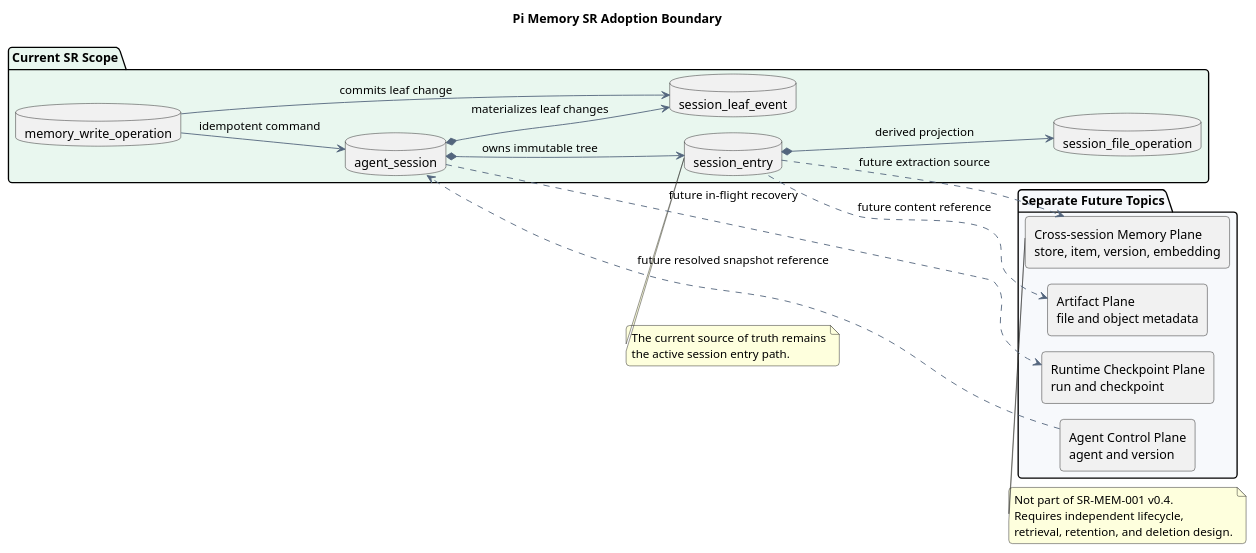
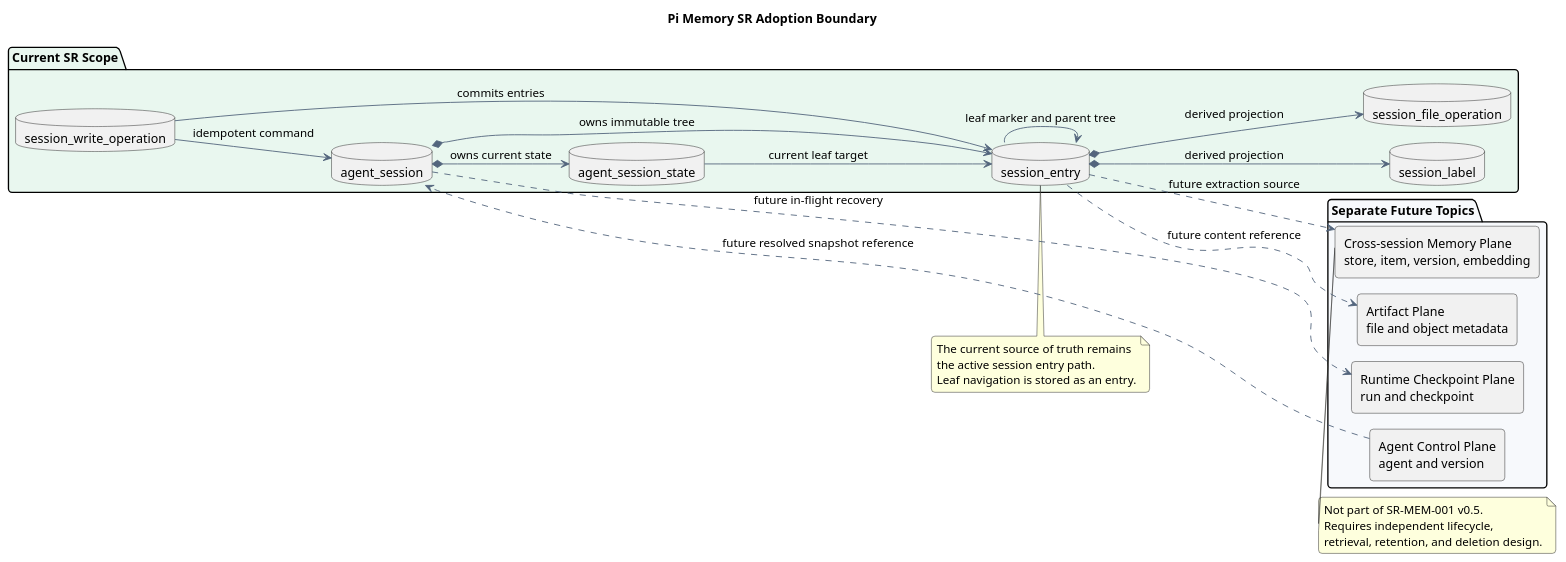
The second of 2 diagrams in agent-database-patterns/diagram.puml (superheromeZzh/pi-mono-java-design), drawn with PlantUML before and after one commit. The commit also changed other lines of this file and 9 other files, not shown here.

Commit message:
docs(memory): redesign centralized GaussDB session memory

```diff
--- a/agent-database-patterns/diagram.puml
+++ b/agent-database-patterns/diagram.puml
@@ -75,60 +75,66 @@
 @startuml pi-memory-adoption-boundary
 !pragma layout smetana
 title Pi Memory SR Adoption Boundary
 left to right direction
 
 skinparam backgroundColor #FFFFFF
 skinparam shadowing false
 skinparam roundcorner 8
 skinparam componentStyle rectangle
 skinparam ArrowColor #53657D
 
-' Source evidence: badlogic/pi-mono@216e672e7c9fc65682553394b74e483c0c9e47f7,
-' packages/coding-agent/src/core/session-manager.ts: SessionEntry, _appendEntry,
-' buildContextEntries, branch, resetLeaf, and branchWithSummary.
-' Observed behavior: pi persists a tree of session entries and rebuilds model context
-' from the current leaf path; it does not expose a separate workflow checkpoint store
-' or cross-session memory database in this baseline.
+' Source evidence: badlogic/pi-mono@fc85bdd88be93b1e9a6b6bcfa41c684282ec79cc,
+' packages/agent/src/harness/types.ts: SessionTreeEntry and SessionStorage;
+' packages/agent/src/harness/session/session.ts: defaultContextEntryTransform and moveTo;
+' packages/storage/sqlite-node/src/sqlite/storage/index.ts: setLeafId and appendEntry.
+' Observed behavior: the new pi harness persists a session entry tree and leaf markers,
+' and rebuilds model context from the current leaf path.
 ' Design reason: the current Memory SR should harden the session event plane without
 ' presenting future checkpoint and long-term memory tables as current pi behavior.
-' Java divergence: durable leaf events, tenant isolation, revisions, and idempotency
-' are target-only reliability and security changes.
+' Java divergence: GaussDB, revisions, idempotency, and strict corrupt-entry handling
+' are target-only architecture and reliability changes.
+' Product constraint: the current design has no tenant model.
 
 package "Current SR Scope" #E9F7EF {
   database "agent_session" as Session
+  database "agent_session_state" as State
   database "session_entry" as Entry
-  database "session_leaf_event" as Leaf
+  database "session_label" as Label
   database "session_file_operation" as FileOp
-  database "memory_write_operation" as WriteOp
+  database "session_write_operation" as WriteOp
 }
 
 package "Separate Future Topics" #F7F9FC {
   rectangle "Agent Control Plane\nagent and version" as AgentControl
   rectangle "Runtime Checkpoint Plane\nrun and checkpoint" as RuntimeCheckpoint
   rectangle "Cross-session Memory Plane\nstore, item, version, embedding" as LongMemory
   rectangle "Artifact Plane\nfile and object metadata" as Artifact
 }
 
 Session *--> Entry : owns immutable tree
-Session *--> Leaf : materializes leaf changes
+Session *--> State : owns current state
+State --> Entry : current leaf target
+Entry --> Entry : leaf marker and parent tree
+Entry *--> Label : derived projection
 Entry *--> FileOp : derived projection
 WriteOp --> Session : idempotent command
-WriteOp --> Leaf : commits leaf change
+WriteOp --> Entry : commits entries
 
 AgentControl ..> Session : future resolved snapshot reference
 Session ..> RuntimeCheckpoint : future in-flight recovery
 Entry ..> LongMemory : future extraction source
 Entry ..> Artifact : future content reference
 
 note bottom of Entry
 The current source of truth remains
 the active session entry path.
+Leaf navigation is stored as an entry.
 end note
 
 note bottom of LongMemory
-Not part of SR-MEM-001 v0.4.
+Not part of SR-MEM-001 v0.5.
 Requires independent lifecycle,
 retrieval, retention, and deletion design.
 end note
 
 @enduml
```
